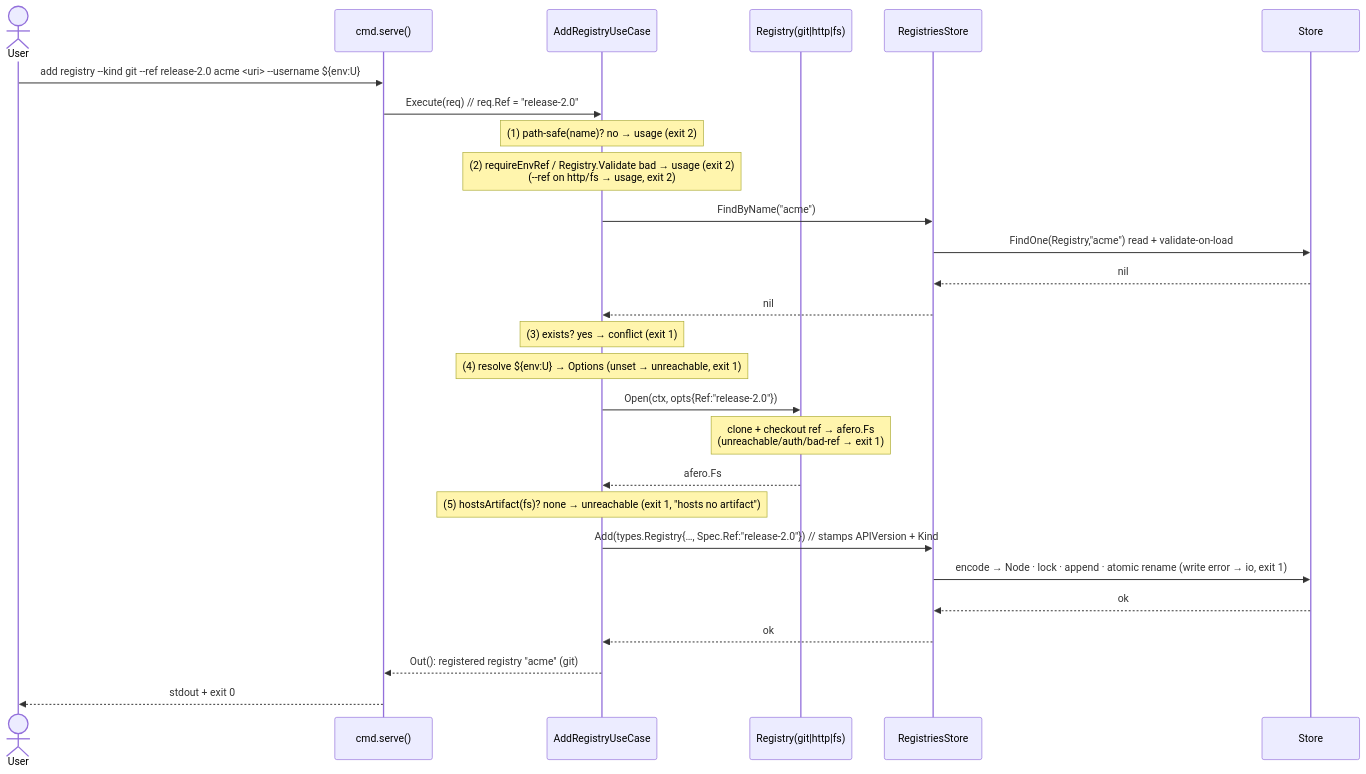
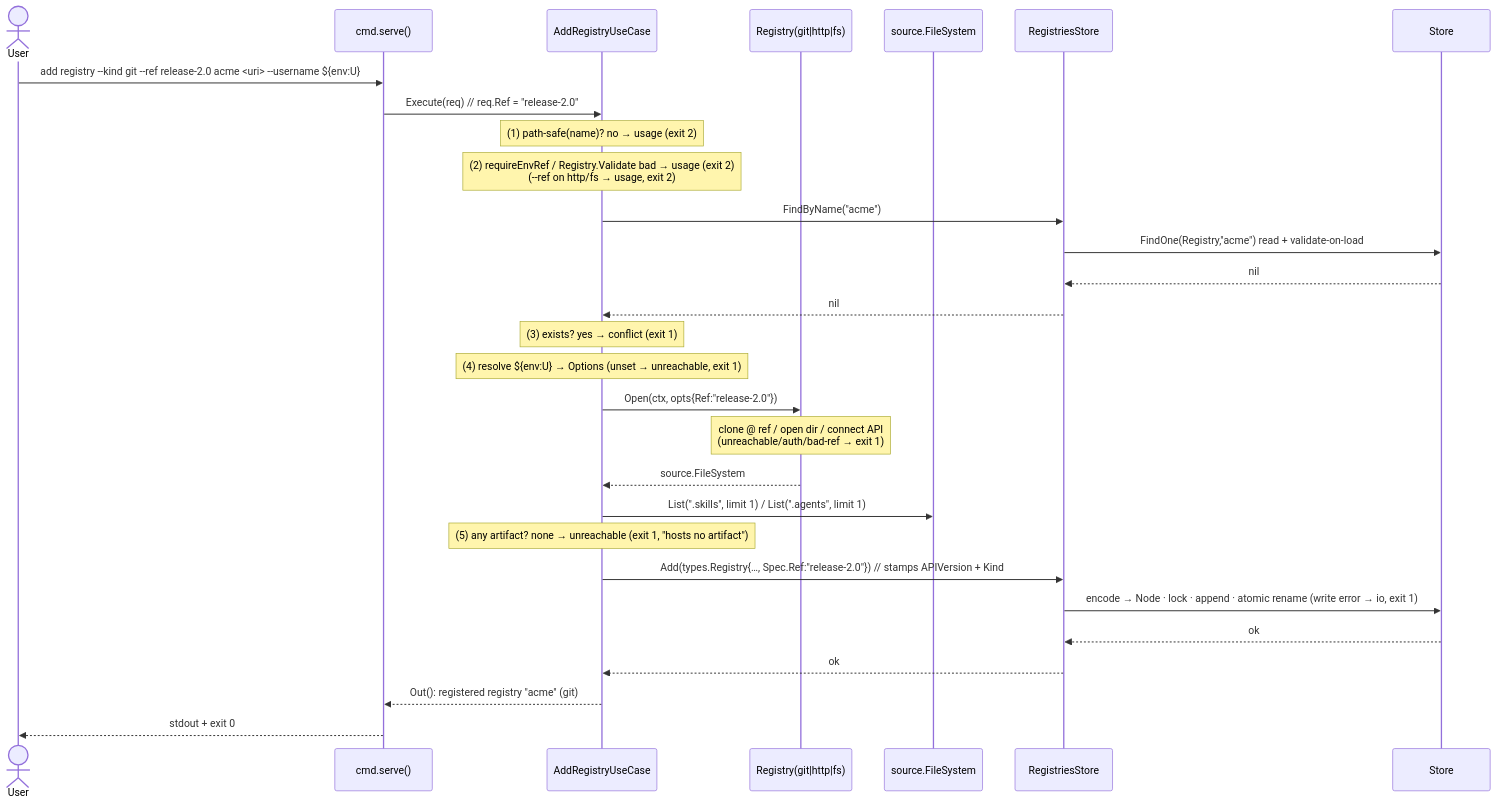
One commit to Delfimarime/sauron changed the second of 3 diagrams in spec/0001-add-registry/plan.md. Above: the diagram before and after it, drawn with Mermaid. The commit also changed other lines of this file and 3 other files, not shown here.

````diff
--- a/spec/0001-add-registry/plan.md
+++ b/spec/0001-add-registry/plan.md
@@ -140,30 +117,32 @@
 ```mermaid
 sequenceDiagram
   actor U as User
   participant C as cmd.serve()
   participant UC as AddRegistryUseCase
   participant R as Registry(git|http|fs)
+  participant FSx as source.FileSystem
   participant RS as RegistriesStore
   participant ST as Store
 
   U->>C: add registry --kind git --ref release-2.0 acme <uri> --username ${env:U}
   C->>UC: Execute(req)  // req.Ref = "release-2.0"
   Note over UC: (1) path-safe(name)? no → usage (exit 2)
   Note over UC: (2) requireEnvRef / Registry.Validate bad → usage (exit 2)<br/>(--ref on http/fs → usage, exit 2)
   UC->>RS: FindByName("acme")
   RS->>ST: FindOne(Registry,"acme") read + validate-on-load
   ST-->>RS: nil
   RS-->>UC: nil
   Note over UC: (3) exists? yes → conflict (exit 1)
   Note over UC: (4) resolve ${env:U} → Options (unset → unreachable, exit 1)
   UC->>R: Open(ctx, opts{Ref:"release-2.0"})
-  Note over R: clone + checkout ref → afero.Fs<br/>(unreachable/auth/bad-ref → exit 1)
-  R-->>UC: afero.Fs
-  Note over UC: (5) hostsArtifact(fs)? none → unreachable (exit 1, "hosts no artifact")
+  Note over R: clone @ ref / open dir / connect API<br/>(unreachable/auth/bad-ref → exit 1)
+  R-->>UC: source.FileSystem
+  UC->>FSx: List(".skills", limit 1) / List(".agents", limit 1)
+  Note over UC: (5) any artifact? none → unreachable (exit 1, "hosts no artifact")
   UC->>RS: Add(types.Registry{…, Spec.Ref:"release-2.0"})  // stamps APIVersion + Kind
   RS->>ST: encode → Node · lock · append · atomic rename (write error → io, exit 1)
   ST-->>RS: ok
   RS-->>UC: ok
   UC-->>C: Out(): registered registry "acme" (git)
   C-->>U: stdout + exit 0
 ```
````
